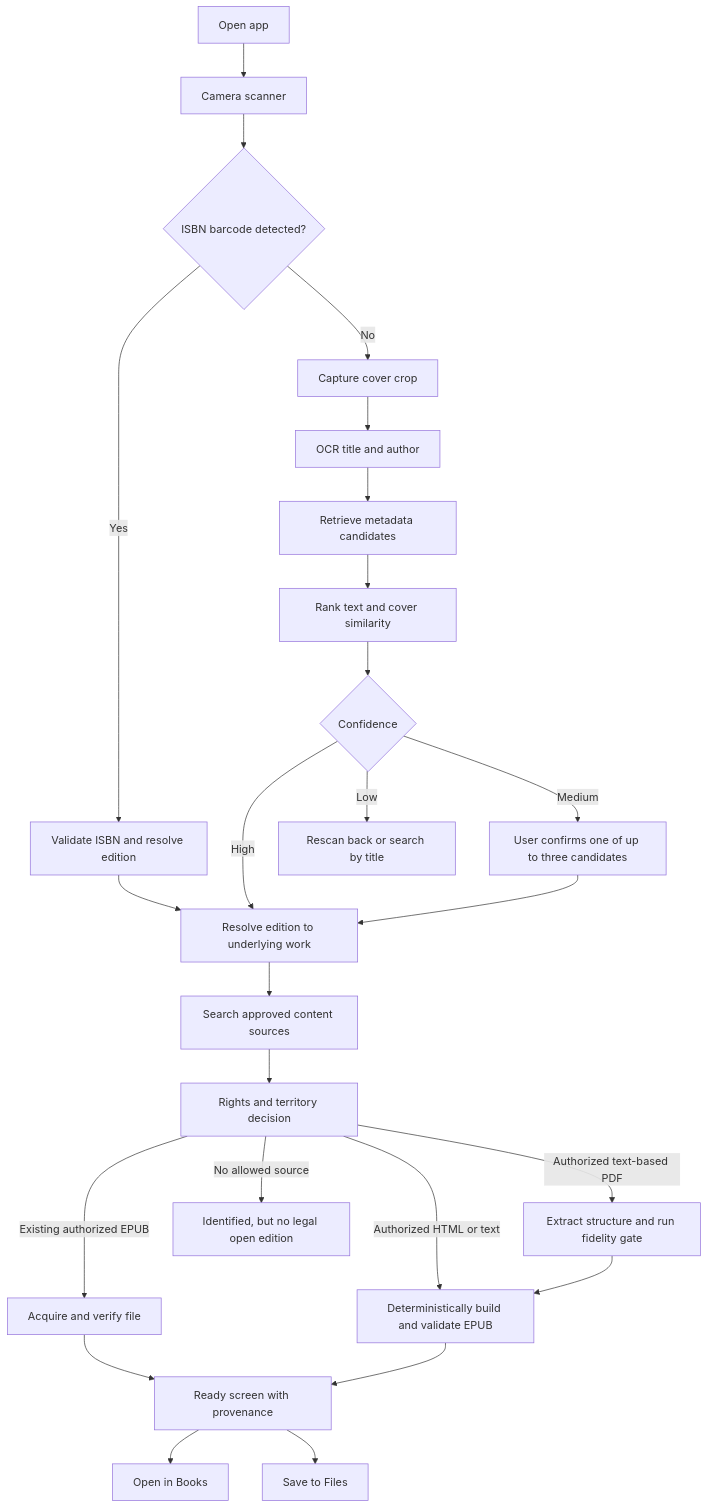
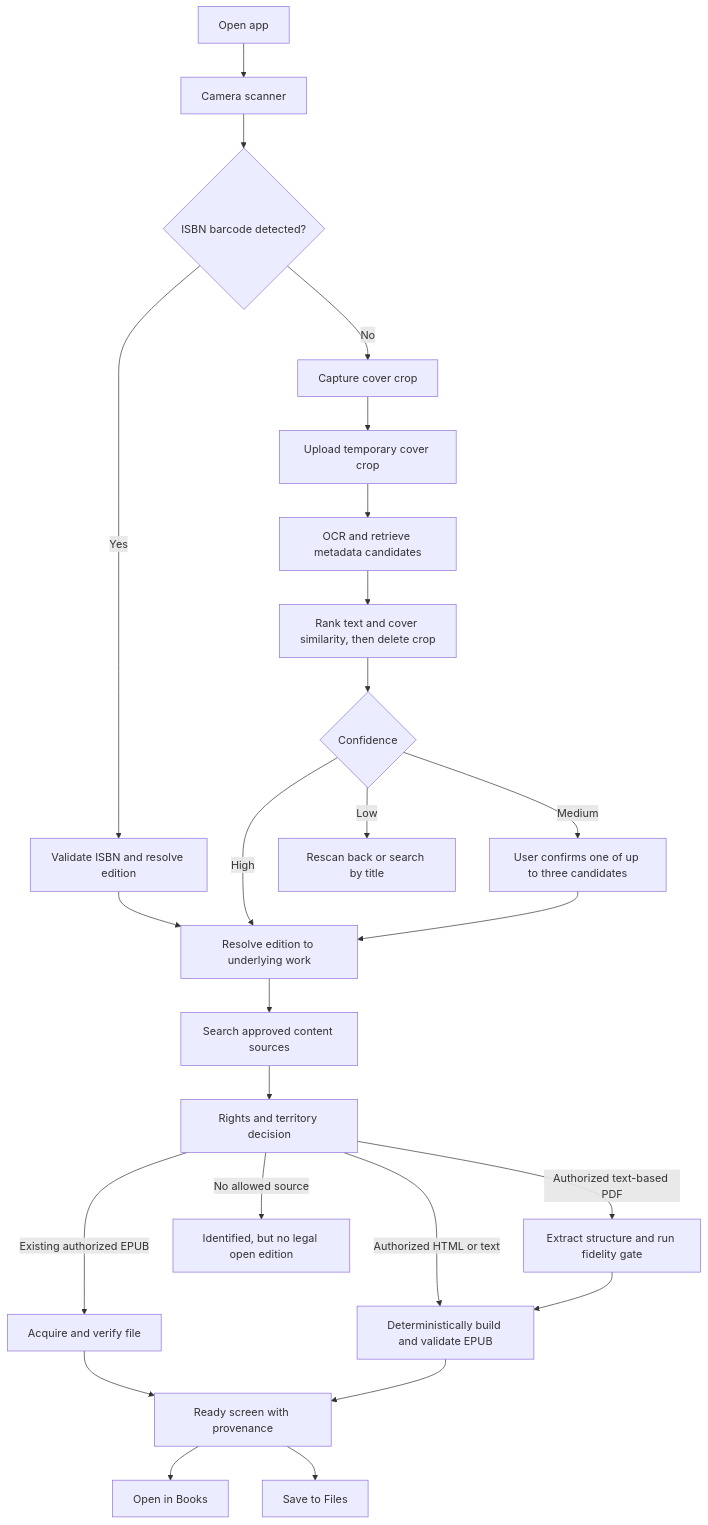
The diagram in PLAN.md (skamal23/scan-to-epub), drawn with Mermaid before and after one commit. The commit also changed other lines of this file and 2 other files, not shown here.

````diff
--- a/PLAN.md
+++ b/PLAN.md
@@ -85,27 +87,27 @@
 ```mermaid
 flowchart TD
     A["Open app"] --> B["Camera scanner"]
     B --> C{"ISBN barcode detected?"}
     C -->|Yes| D["Validate ISBN and resolve edition"]
     C -->|No| E["Capture cover crop"]
-    E --> F["OCR title and author"]
-    F --> G["Retrieve metadata candidates"]
-    G --> H["Rank text and cover similarity"]
+    E --> F["Upload temporary cover crop"]
+    F --> G["OCR and retrieve metadata candidates"]
+    G --> H["Rank text and cover similarity, then delete crop"]
     D --> I["Resolve edition to underlying work"]
     H --> J{"Confidence"}
     J -->|High| I
     J -->|Medium| K["User confirms one of up to three candidates"]
     J -->|Low| L["Rescan back or search by title"]
     K --> I
     I --> M["Search approved content sources"]
     M --> N["Rights and territory decision"]
     N -->|Existing authorized EPUB| O["Acquire and verify file"]
     N -->|Authorized HTML or text| P["Deterministically build and validate EPUB"]
     N -->|Authorized text-based PDF| U["Extract structure and run fidelity gate"]
     U --> P
     N -->|No allowed source| Q["Identified, but no legal open edition"]
     O --> R["Ready screen with provenance"]
     P --> R
     R --> S["Open in Books"]
     R --> T["Save to Files"]
 ```
````
